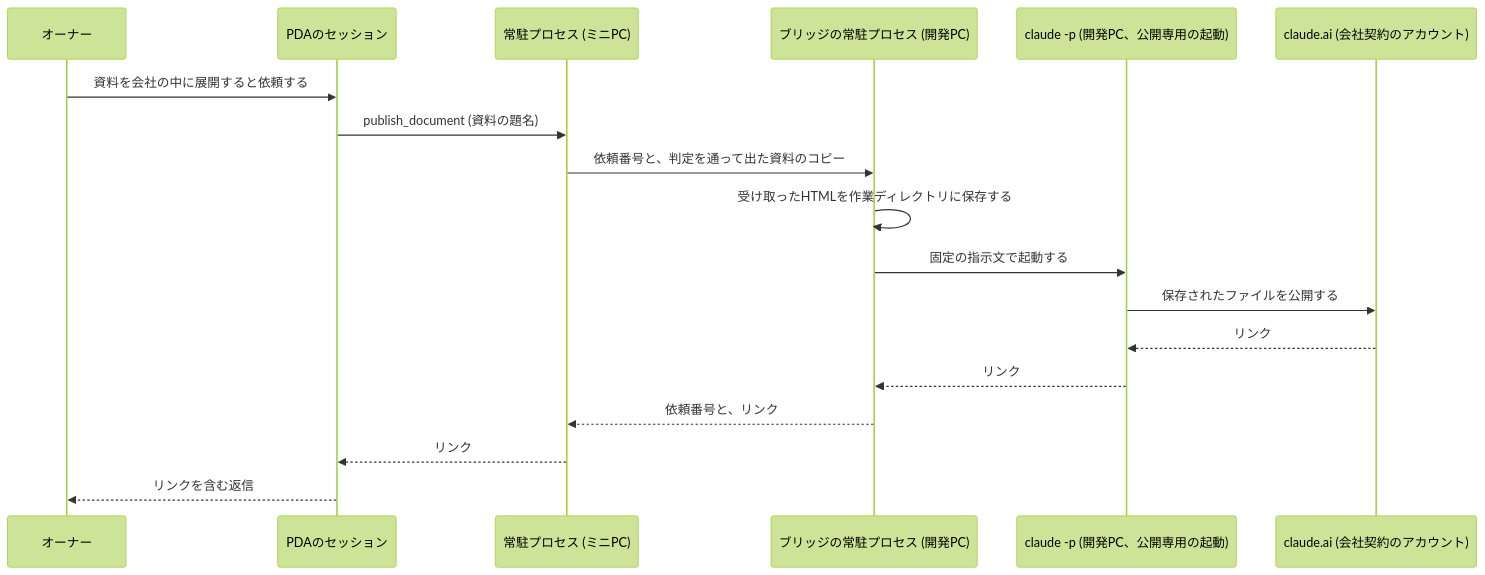
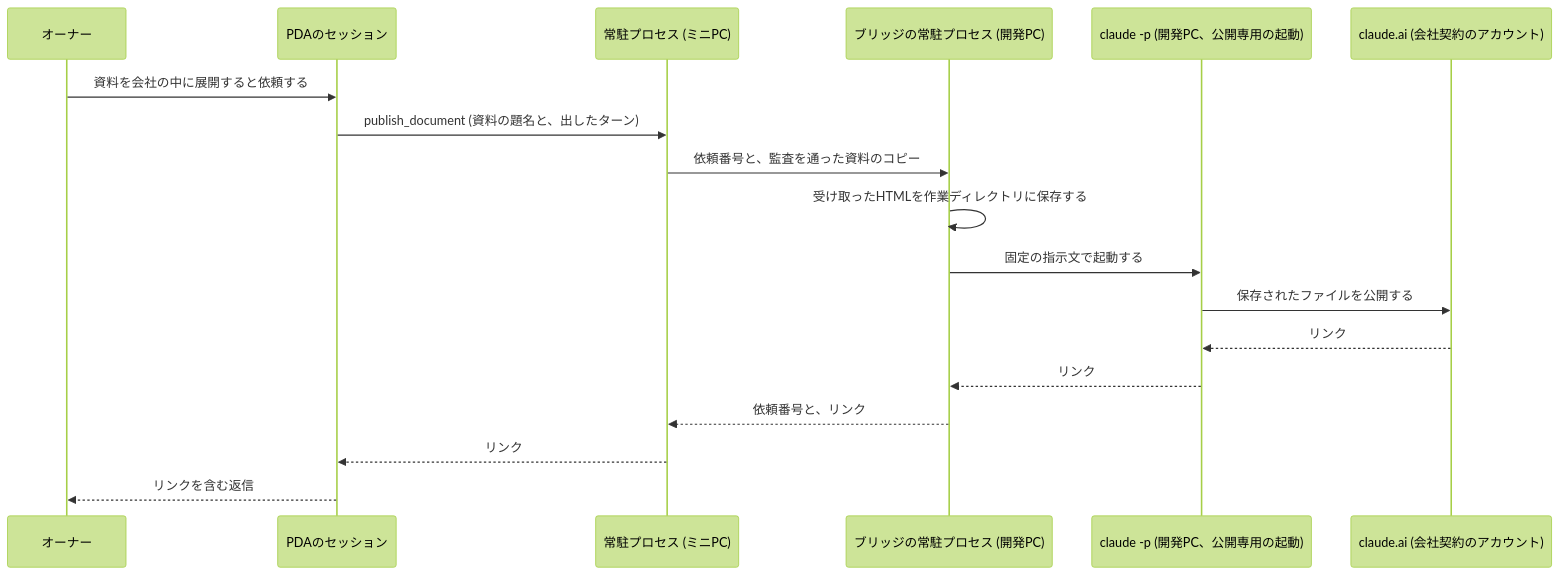
Before and after one commit to myurait/pda: the third of 3 diagrams in docs/claude-unification/design-stage2.md, drawn with Mermaid (forest theme). The commit also changed other lines of this file and 1 other file, not shown here.

````diff
--- a/docs/claude-unification/design-stage2.md
+++ b/docs/claude-unification/design-stage2.md
@@ -200,20 +207,20 @@
 ```mermaid
 sequenceDiagram
   participant O as オーナー
   participant S as PDAのセッション
   participant D as 常駐プロセス (ミニPC)
   participant B as ブリッジの常駐プロセス (開発PC)
   participant C as claude -p (開発PC、公開専用の起動)
   participant A as claude.ai (会社契約のアカウント)
   O->>S: 資料を会社の中に展開すると依頼する
-  S->>D: publish_document (資料の題名)
-  D->>B: 依頼番号と、判定を通って出た資料のコピー
+  S->>D: publish_document (資料の題名と、出したターン)
+  D->>B: 依頼番号と、監査を通った資料のコピー
   B->>B: 受け取ったHTMLを作業ディレクトリに保存する
   B->>C: 固定の指示文で起動する
   C->>A: 保存されたファイルを公開する
   A-->>C: リンク
   C-->>B: リンク
   B-->>D: 依頼番号と、リンク
   D-->>S: リンク
   S-->>O: リンクを含む返信
 ```
````
